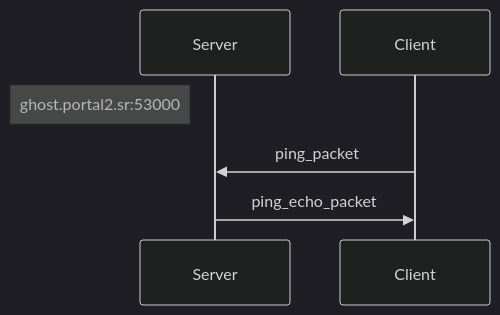
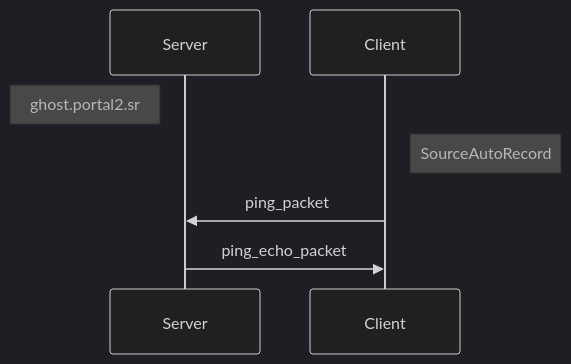
The third of 5 diagrams in README.md (NeKzor/ghosting), drawn with Mermaid (dark theme) before and after one commit. The commit also changed other lines of this file and 5 other files, not shown here.

````diff
--- a/README.md
+++ b/README.md
@@ -150,10 +152,11 @@
 ```mermaid
 sequenceDiagram
     participant Server
-    Note left of Server: ghost.portal2.sr:53000
+    Note left of Server: ghost.portal2.sr
     participant Client
+    Note right of Client: SourceAutoRecord
 
     Client->>Server: ping_packet
 
     Server->>Client: ping_echo_packet
 ```
````
